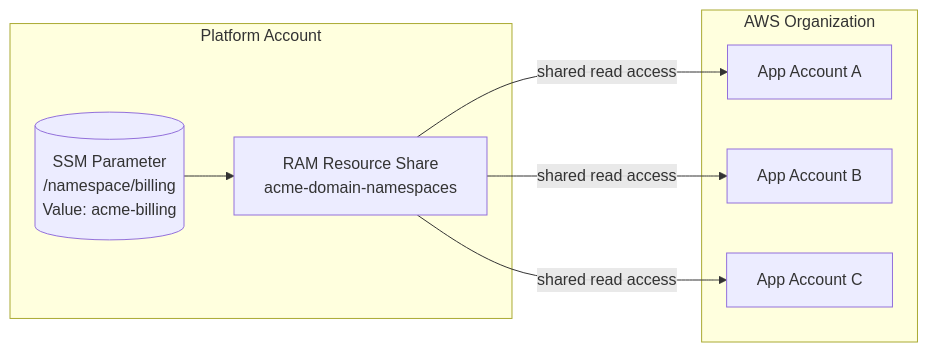
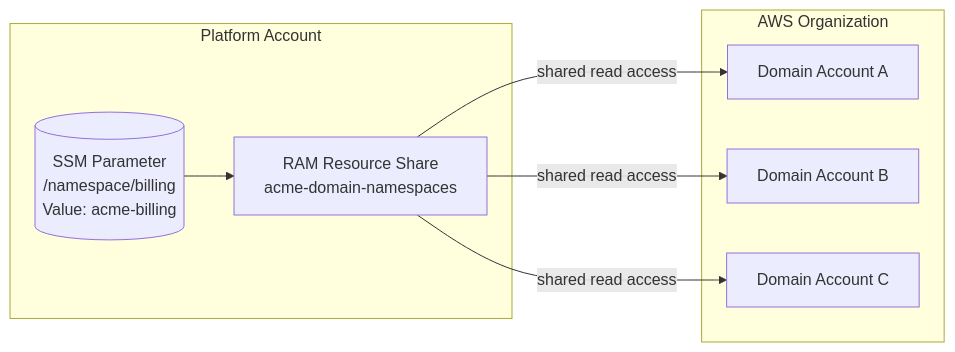
Before and after one commit to liedig/konductor4evb: the eighth of 8 diagrams in docs/development/architecture.md, drawn with Mermaid. The commit also changed other lines of this file and 9 other files, not shown here.

First line of the commit message:
docs: rename application account to domain account throughout

````diff
--- a/docs/development/architecture.md
+++ b/docs/development/architecture.md
@@ -406,18 +406,18 @@
 ```mermaid
 graph LR
     subgraph platform["Platform Account"]
         ssm[("SSM Parameter<br/>/namespace/billing<br/>Value: acme-billing")]
         ram["RAM Resource Share<br/>acme-domain-namespaces"]
     end
 
     subgraph org["AWS Organization"]
-        app1["App Account A"]
-        app2["App Account B"]
-        app3["App Account C"]
+        app1["Domain Account A"]
+        app2["Domain Account B"]
+        app3["Domain Account C"]
     end
 
     ssm --> ram
     ram -->|"shared read access"| app1
     ram -->|"shared read access"| app2
     ram -->|"shared read access"| app3
 ```
````
